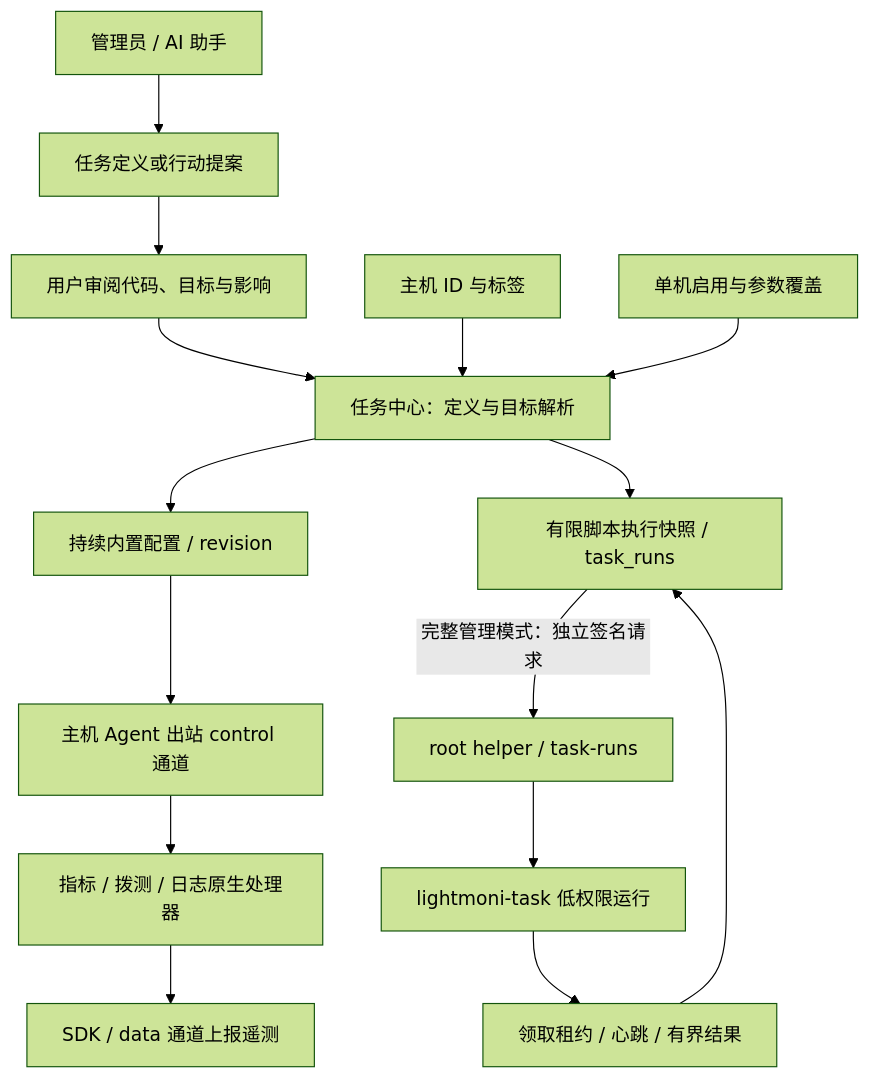
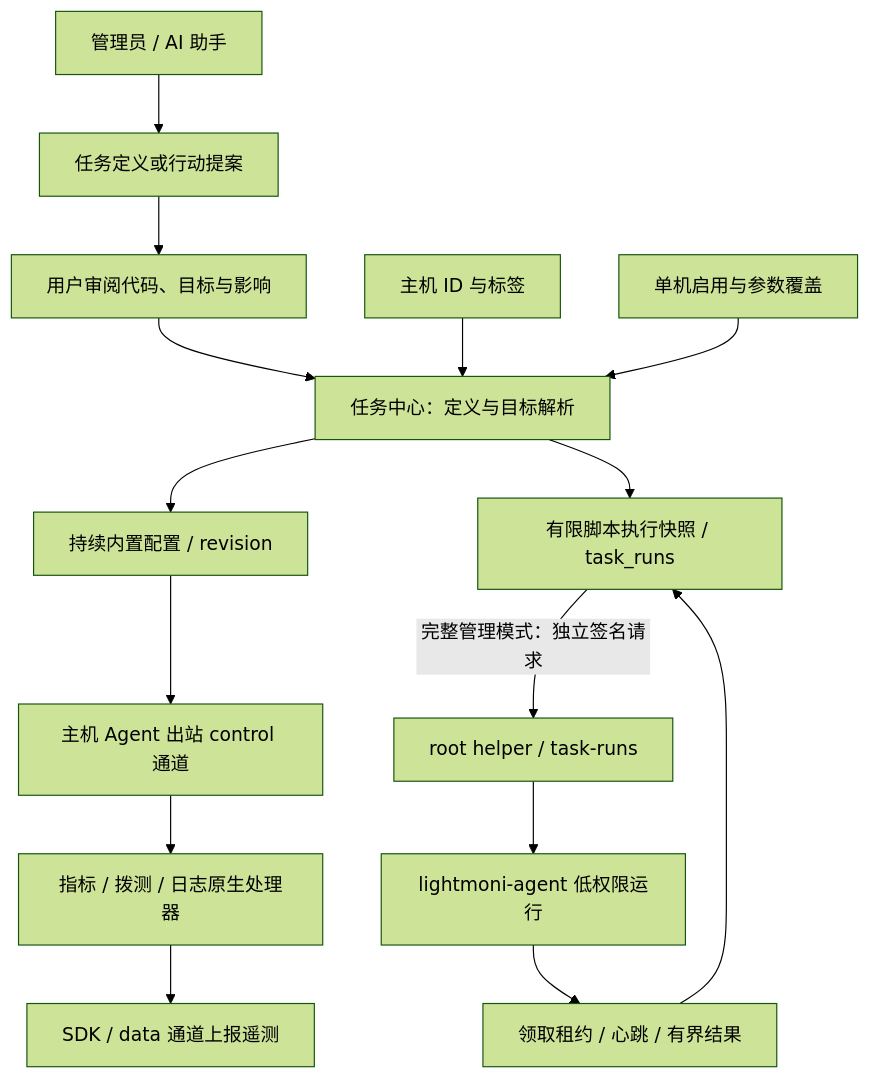
Before and after one commit to workhold/lightmoni: diagram 17 of 42 in docs/system-design.md, drawn with Mermaid (forest theme). The commit also changed other lines of this file and 75 other files, not shown here.

````diff
--- a/docs/system-design.md
+++ b/docs/system-design.md
@@ -1118,17 +1118,17 @@
 ```mermaid
 flowchart TB
   Admin[管理员 / AI 助手] --> Draft[任务定义或行动提案]
   Draft --> Review[用户审阅代码、目标与影响]
   Review --> Center[任务中心：定义与目标解析]
   Labels[主机 ID 与标签] --> Center
   Override[单机启用与参数覆盖] --> Center
   Center --> Native[持续内置配置 / revision]
   Center --> Runs[有限脚本执行快照 / task_runs]
   Native --> Agent[主机 Agent 出站 control 通道]
   Runs -->|完整管理模式：独立签名请求| Helper[root helper / task-runs]
-  Helper --> TaskUser[lightmoni-task 低权限运行]
+  Helper --> TaskUser[lightmoni-agent 低权限运行]
   TaskUser --> Receipt[领取租约 / 心跳 / 有界结果]
   Receipt --> Runs
   Agent --> Handler[指标 / 拨测 / 日志原生处理器]
   Handler --> Data[SDK / data 通道上报遥测]
 ```
````
